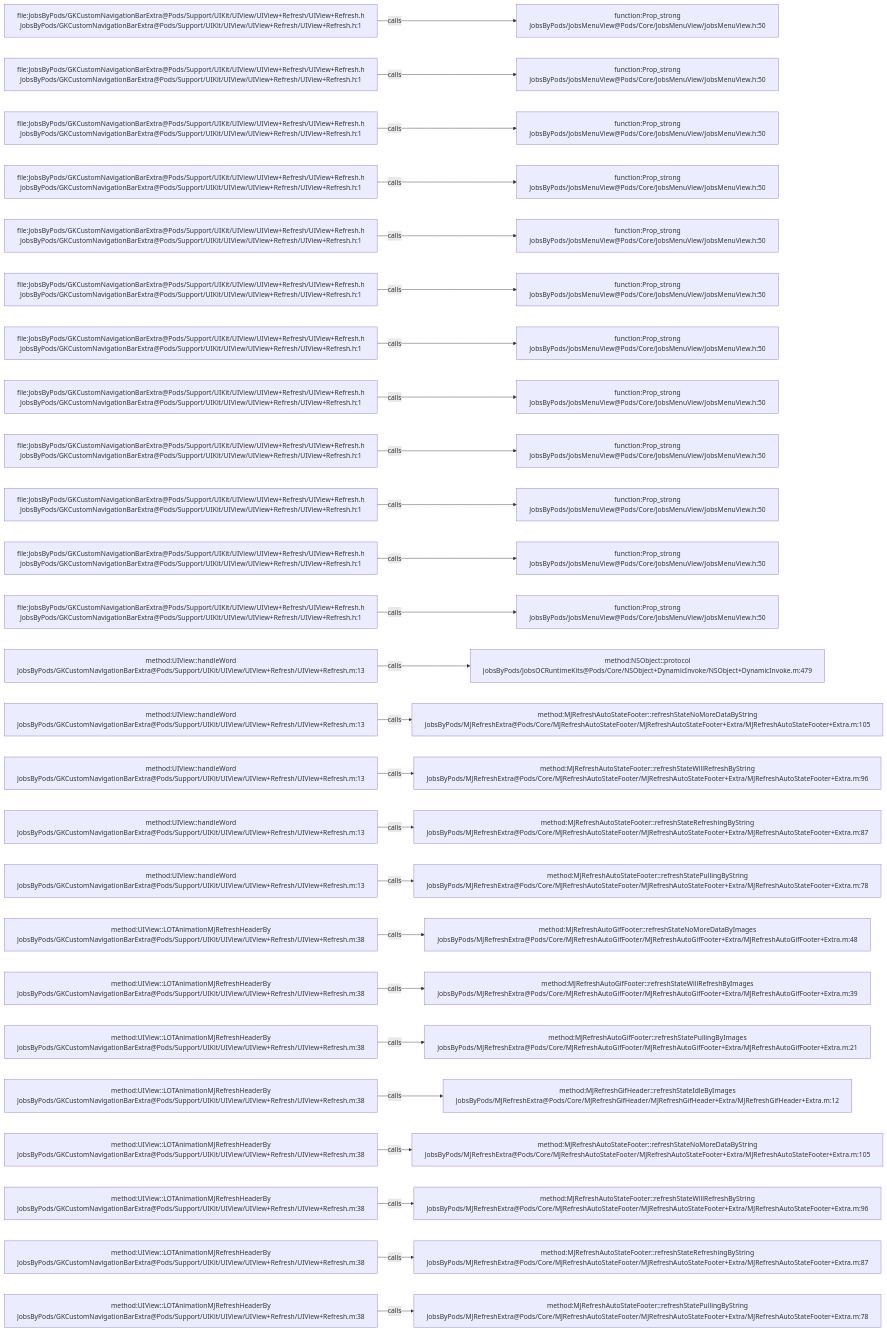
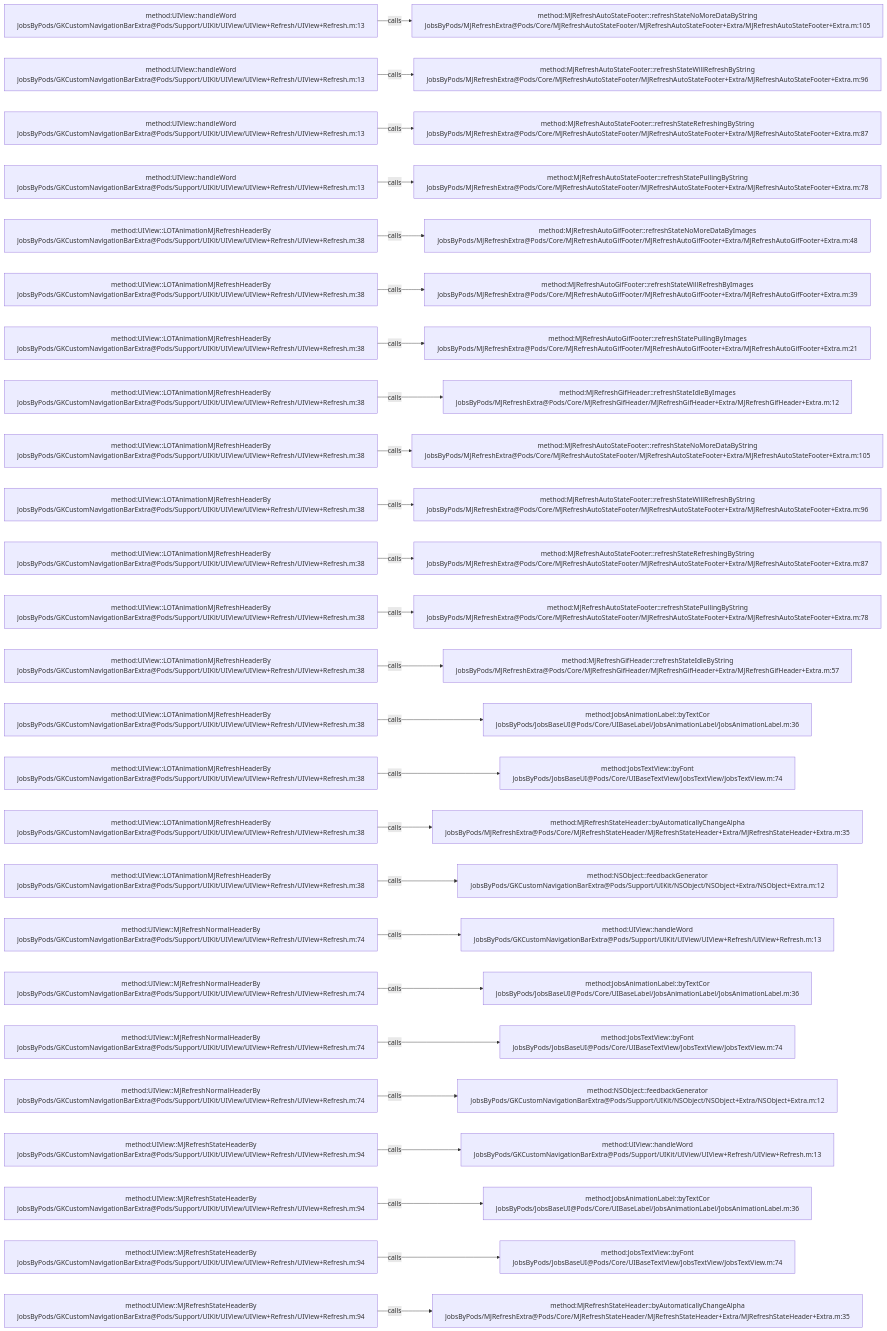
The diagram in .codegraph/codegraph.md/graphs/calls-042.md (JobsKits/JobsOCBaseConfigDemo), drawn with Mermaid before and after one commit. The commit also changed 223 other files, not shown here.

````diff
--- a/.codegraph/codegraph.md/graphs/calls-042.md
+++ b/.codegraph/codegraph.md/graphs/calls-042.md
@@ -13,78 +13,78 @@
 ```mermaid
 flowchart LR
-  S1["file:JobsByPods/GKCustomNavigationBarExtra@Pods/Support/UIKit/UIView/UIView+Refresh/UIView+Refresh.h<br/>JobsByPods/GKCustomNavigationBarExtra@Pods/Support/UIKit/UIView/UIView+Refresh/UIView+Refresh.h:1"]
-  T1["function:Prop_strong<br/>JobsByPods/JobsMenuView@Pods/Core/JobsMenuView/JobsMenuView.h:50"]
+  S1["method:UIView::handleWord<br/>JobsByPods/GKCustomNavigationBarExtra@Pods/Support/UIKit/UIView/UIView+Refresh/UIView+Refresh.m:13"]
+  T1["method:MJRefreshAutoStateFooter::refreshStateNoMoreDataByString<br/>JobsByPods/MJRefreshExtra@Pods/Core/MJRefreshAutoStateFooter/MJRefreshAutoStateFooter+Extra/MJRefreshAutoStateFooter+Extra.m:105"]
   S1 -->|calls| T1
-  S2["file:JobsByPods/GKCustomNavigationBarExtra@Pods/Support/UIKit/UIView/UIView+Refresh/UIView+Refresh.h<br/>JobsByPods/GKCustomNavigationBarExtra@Pods/Support/UIKit/UIView/UIView+Refresh/UIView+Refresh.h:1"]
-  T2["function:Prop_strong<br/>JobsByPods/JobsMenuView@Pods/Core/JobsMenuView/JobsMenuView.h:50"]
+  S2["method:UIView::handleWord<br/>JobsByPods/GKCustomNavigationBarExtra@Pods/Support/UIKit/UIView/UIView+Refresh/UIView+Refresh.m:13"]
+  T2["method:MJRefreshAutoStateFooter::refreshStateWillRefreshByString<br/>JobsByPods/MJRefreshExtra@Pods/Core/MJRefreshAutoStateFooter/MJRefreshAutoStateFooter+Extra/MJRefreshAutoStateFooter+Extra.m:96"]
   S2 -->|calls| T2
-  S3["file:JobsByPods/GKCustomNavigationBarExtra@Pods/Support/UIKit/UIView/UIView+Refresh/UIView+Refresh.h<br/>JobsByPods/GKCustomNavigationBarExtra@Pods/Support/UIKit/UIView/UIView+Refresh/UIView+Refresh.h:1"]
-  T3["function:Prop_strong<br/>JobsByPods/JobsMenuView@Pods/Core/JobsMenuView/JobsMenuView.h:50"]
+  S3["method:UIView::handleWord<br/>JobsByPods/GKCustomNavigationBarExtra@Pods/Support/UIKit/UIView/UIView+Refresh/UIView+Refresh.m:13"]
+  T3["method:MJRefreshAutoStateFooter::refreshStateRefreshingByString<br/>JobsByPods/MJRefreshExtra@Pods/Core/MJRefreshAutoStateFooter/MJRefreshAutoStateFooter+Extra/MJRefreshAutoStateFooter+Extra.m:87"]
   S3 -->|calls| T3
-  S4["file:JobsByPods/GKCustomNavigationBarExtra@Pods/Support/UIKit/UIView/UIView+Refresh/UIView+Refresh.h<br/>JobsByPods/GKCustomNavigationBarExtra@Pods/Support/UIKit/UIView/UIView+Refresh/UIView+Refresh.h:1"]
-  T4["function:Prop_strong<br/>JobsByPods/JobsMenuView@Pods/Core/JobsMenuView/JobsMenuView.h:50"]
+  S4["method:UIView::handleWord<br/>JobsByPods/GKCustomNavigationBarExtra@Pods/Support/UIKit/UIView/UIView+Refresh/UIView+Refresh.m:13"]
+  T4["method:MJRefreshAutoStateFooter::refreshStatePullingByString<br/>JobsByPods/MJRefreshExtra@Pods/Core/MJRefreshAutoStateFooter/MJRefreshAutoStateFooter+Extra/MJRefreshAutoStateFooter+Extra.m:78"]
   S4 -->|calls| T4
-  S5["file:JobsByPods/GKCustomNavigationBarExtra@Pods/Support/UIKit/UIView/UIView+Refresh/UIView+Refresh.h<br/>JobsByPods/GKCustomNavigationBarExtra@Pods/Support/UIKit/UIView/UIView+Refresh/UIView+Refresh.h:1"]
-  T5["function:Prop_strong<br/>JobsByPods/JobsMenuView@Pods/Core/JobsMenuView/JobsMenuView.h:50"]
+  S5["method:UIView::LOTAnimationMJRefreshHeaderBy<br/>JobsByPods/GKCustomNavigationBarExtra@Pods/Support/UIKit/UIView/UIView+Refresh/UIView+Refresh.m:38"]
+  T5["method:MJRefreshAutoGifFooter::refreshStateNoMoreDataByImages<br/>JobsByPods/MJRefreshExtra@Pods/Core/MJRefreshAutoGifFooter/MJRefreshAutoGifFooter+Extra/MJRefreshAutoGifFooter+Extra.m:48"]
   S5 -->|calls| T5
-  S6["file:JobsByPods/GKCustomNavigationBarExtra@Pods/Support/UIKit/UIView/UIView+Refresh/UIView+Refresh.h<br/>JobsByPods/GKCustomNavigationBarExtra@Pods/Support/UIKit/UIView/UIView+Refresh/UIView+Refresh.h:1"]
-  T6["function:Prop_strong<br/>JobsByPods/JobsMenuView@Pods/Core/JobsMenuView/JobsMenuView.h:50"]
+  S6["method:UIView::LOTAnimationMJRefreshHeaderBy<br/>JobsByPods/GKCustomNavigationBarExtra@Pods/Support/UIKit/UIView/UIView+Refresh/UIView+Refresh.m:38"]
+  T6["method:MJRefreshAutoGifFooter::refreshStateWillRefreshByImages<br/>JobsByPods/MJRefreshExtra@Pods/Core/MJRefreshAutoGifFooter/MJRefreshAutoGifFooter+Extra/MJRefreshAutoGifFooter+Extra.m:39"]
   S6 -->|calls| T6
-  S7["file:JobsByPods/GKCustomNavigationBarExtra@Pods/Support/UIKit/UIView/UIView+Refresh/UIView+Refresh.h<br/>JobsByPods/GKCustomNavigationBarExtra@Pods/Support/UIKit/UIView/UIView+Refresh/UIView+Refresh.h:1"]
-  T7["function:Prop_strong<br/>JobsByPods/JobsMenuView@Pods/Core/JobsMenuView/JobsMenuView.h:50"]
+  S7["method:UIView::LOTAnimationMJRefreshHeaderBy<br/>JobsByPods/GKCustomNavigationBarExtra@Pods/Support/UIKit/UIView/UIView+Refresh/UIView+Refresh.m:38"]
+  T7["method:MJRefreshAutoGifFooter::refreshStatePullingByImages<br/>JobsByPods/MJRefreshExtra@Pods/Core/MJRefreshAutoGifFooter/MJRefreshAutoGifFooter+Extra/MJRefreshAutoGifFooter+Extra.m:21"]
   S7 -->|calls| T7
-  S8["file:JobsByPods/GKCustomNavigationBarExtra@Pods/Support/UIKit/UIView/UIView+Refresh/UIView+Refresh.h<br/>JobsByPods/GKCustomNavigationBarExtra@Pods/Support/UIKit/UIView/UIView+Refresh/UIView+Refresh.h:1"]
-  T8["function:Prop_strong<br/>JobsByPods/JobsMenuView@Pods/Core/JobsMenuView/JobsMenuView.h:50"]
+  S8["method:UIView::LOTAnimationMJRefreshHeaderBy<br/>JobsByPods/GKCustomNavigationBarExtra@Pods/Support/UIKit/UIView/UIView+Refresh/UIView+Refresh.m:38"]
+  T8["method:MJRefreshGifHeader::refreshStateIdleByImages<br/>JobsByPods/MJRefreshExtra@Pods/Core/MJRefreshGifHeader/MJRefreshGifHeader+Extra/MJRefreshGifHeader+Extra.m:12"]
   S8 -->|calls| T8
-  S9["file:JobsByPods/GKCustomNavigationBarExtra@Pods/Support/UIKit/UIView/UIView+Refresh/UIView+Refresh.h<br/>JobsByPods/GKCustomNavigationBarExtra@Pods/Support/UIKit/UIView/UIView+Refresh/UIView+Refresh.h:1"]
-  T9["function:Prop_strong<br/>JobsByPods/JobsMenuView@Pods/Core/JobsMenuView/JobsMenuView.h:50"]
+  S9["method:UIView::LOTAnimationMJRefreshHeaderBy<br/>JobsByPods/GKCustomNavigationBarExtra@Pods/Support/UIKit/UIView/UIView+Refresh/UIView+Refresh.m:38"]
+  T9["method:MJRefreshAutoStateFooter::refreshStateNoMoreDataByString<br/>JobsByPods/MJRefreshExtra@Pods/Core/MJRefreshAutoStateFooter/MJRefreshAutoStateFooter+Extra/MJRefreshAutoStateFooter+Extra.m:105"]
   S9 -->|calls| T9
-  S10["file:JobsByPods/GKCustomNavigationBarExtra@Pods/Support/UIKit/UIView/UIView+Refresh/UIView+Refresh.h<br/>JobsByPods/GKCustomNavigationBarExtra@Pods/Support/UIKit/UIView/UIView+Refresh/UIView+Refresh.h:1"]
-  T10["function:Prop_strong<br/>JobsByPods/JobsMenuView@Pods/Core/JobsMenuView/JobsMenuView.h:50"]
+  S10["method:UIView::LOTAnimationMJRefreshHeaderBy<br/>JobsByPods/GKCustomNavigationBarExtra@Pods/Support/UIKit/UIView/UIView+Refresh/UIView+Refresh.m:38"]
+  T10["method:MJRefreshAutoStateFooter::refreshStateWillRefreshByString<br/>JobsByPods/MJRefreshExtra@Pods/Core/MJRefreshAutoStateFooter/MJRefreshAutoStateFooter+Extra/MJRefreshAutoStateFooter+Extra.m:96"]
   S10 -->|calls| T10
-  S11["file:JobsByPods/GKCustomNavigationBarExtra@Pods/Support/UIKit/UIView/UIView+Refresh/UIView+Refresh.h<br/>JobsByPods/GKCustomNavigationBarExtra@Pods/Support/UIKit/UIView/UIView+Refresh/UIView+Refresh.h:1"]
-  T11["function:Prop_strong<br/>JobsByPods/JobsMenuView@Pods/Core/JobsMenuView/JobsMenuView.h:50"]
+  S11["method:UIView::LOTAnimationMJRefreshHeaderBy<br/>JobsByPods/GKCustomNavigationBarExtra@Pods/Support/UIKit/UIView/UIView+Refresh/UIView+Refresh.m:38"]
+  T11["method:MJRefreshAutoStateFooter::refreshStateRefreshingByString<br/>JobsByPods/MJRefreshExtra@Pods/Core/MJRefreshAutoStateFooter/MJRefreshAutoStateFooter+Extra/MJRefreshAutoStateFooter+Extra.m:87"]
   S11 -->|calls| T11
-  S12["file:JobsByPods/GKCustomNavigationBarExtra@Pods/Support/UIKit/UIView/UIView+Refresh/UIView+Refresh.h<br/>JobsByPods/GKCustomNavigationBarExtra@Pods/Support/UIKit/UIView/UIView+Refresh/UIView+Refresh.h:1"]
-  T12["function:Prop_strong<br/>JobsByPods/JobsMenuView@Pods/Core/JobsMenuView/JobsMenuView.h:50"]
+  S12["method:UIView::LOTAnimationMJRefreshHeaderBy<br/>JobsByPods/GKCustomNavigationBarExtra@Pods/Support/UIKit/UIView/UIView+Refresh/UIView+Refresh.m:38"]
+  T12["method:MJRefreshAutoStateFooter::refreshStatePullingByString<br/>JobsByPods/MJRefreshExtra@Pods/Core/MJRefreshAutoStateFooter/MJRefreshAutoStateFooter+Extra/MJRefreshAutoStateFooter+Extra.m:78"]
   S12 -->|calls| T12
-  S13["method:UIView::handleWord<br/>JobsByPods/GKCustomNavigationBarExtra@Pods/Support/UIKit/UIView/UIView+Refresh/UIView+Refresh.m:13"]
-  T13["method:NSObject::protocol<br/>JobsByPods/JobsOCRuntimeKits@Pods/Core/NSObject+DynamicInvoke/NSObject+DynamicInvoke.m:479"]
+  S13["method:UIView::LOTAnimationMJRefreshHeaderBy<br/>JobsByPods/GKCustomNavigationBarExtra@Pods/Support/UIKit/UIView/UIView+Refresh/UIView+Refresh.m:38"]
+  T13["method:MJRefreshGifHeader::refreshStateIdleByString<br/>JobsByPods/MJRefreshExtra@Pods/Core/MJRefreshGifHeader/MJRefreshGifHeader+Extra/MJRefreshGifHeader+Extra.m:57"]
   S13 -->|calls| T13
-  S14["method:UIView::handleWord<br/>JobsByPods/GKCustomNavigationBarExtra@Pods/Support/UIKit/UIView/UIView+Refresh/UIView+Refresh.m:13"]
-  T14["method:MJRefreshAutoStateFooter::refreshStateNoMoreDataByString<br/>JobsByPods/MJRefreshExtra@Pods/Core/MJRefreshAutoStateFooter/MJRefreshAutoStateFooter+Extra/MJRefreshAutoStateFooter+Extra.m:105"]
+  S14["method:UIView::LOTAnimationMJRefreshHeaderBy<br/>JobsByPods/GKCustomNavigationBarExtra@Pods/Support/UIKit/UIView/UIView+Refresh/UIView+Refresh.m:38"]
+  T14["method:JobsAnimationLabel::byTextCor<br/>JobsByPods/JobsBaseUI@Pods/Core/UIBaseLabel/JobsAnimationLabel/JobsAnimationLabel.m:36"]
   S14 -->|calls| T14
-  S15["method:UIView::handleWord<br/>JobsByPods/GKCustomNavigationBarExtra@Pods/Support/UIKit/UIView/UIView+Refresh/UIView+Refresh.m:13"]
-  T15["method:MJRefreshAutoStateFooter::refreshStateWillRefreshByString<br/>JobsByPods/MJRefreshExtra@Pods/Core/MJRefreshAutoStateFooter/MJRefreshAutoStateFooter+Extra/MJRefreshAutoStateFooter+Extra.m:96"]
+  S15["method:UIView::LOTAnimationMJRefreshHeaderBy<br/>JobsByPods/GKCustomNavigationBarExtra@Pods/Support/UIKit/UIView/UIView+Refresh/UIView+Refresh.m:38"]
+  T15["method:JobsTextView::byFont<br/>JobsByPods/JobsBaseUI@Pods/Core/UIBaseTextView/JobsTextView/JobsTextView.m:74"]
   S15 -->|calls| T15
-  S16["method:UIView::handleWord<br/>JobsByPods/GKCustomNavigationBarExtra@Pods/Support/UIKit/UIView/UIView+Refresh/UIView+Refresh.m:13"]
-  T16["method:MJRefreshAutoStateFooter::refreshStateRefreshingByString<br/>JobsByPods/MJRefreshExtra@Pods/Core/MJRefreshAutoStateFooter/MJRefreshAutoStateFooter+Extra/MJRefreshAutoStateFooter+Extra.m:87"]
+  S16["method:UIView::LOTAnimationMJRefreshHeaderBy<br/>JobsByPods/GKCustomNavigationBarExtra@Pods/Support/UIKit/UIView/UIView+Refresh/UIView+Refresh.m:38"]
+  T16["method:MJRefreshStateHeader::byAutomaticallyChangeAlpha<br/>JobsByPods/MJRefreshExtra@Pods/Core/MJRefreshStateHeader/MJRefreshStateHeader+Extra/MJRefreshStateHeader+Extra.m:35"]
   S16 -->|calls| T16
-  S17["method:UIView::handleWord<br/>JobsByPods/GKCustomNavigationBarExtra@Pods/Support/UIKit/UIView/UIView+Refresh/UIView+Refresh.m:13"]
-  T17["method:MJRefreshAutoStateFooter::refreshStatePullingByString<br/>JobsByPods/MJRefreshExtra@Pods/Core/MJRefreshAutoStateFooter/MJRefreshAutoStateFooter+Extra/MJRefreshAutoStateFooter+Extra.m:78"]
+  S17["method:UIView::LOTAnimationMJRefreshHeaderBy<br/>JobsByPods/GKCustomNavigationBarExtra@Pods/Support/UIKit/UIView/UIView+Refresh/UIView+Refresh.m:38"]
+  T17["method:NSObject::feedbackGenerator<br/>JobsByPods/GKCustomNavigationBarExtra@Pods/Support/UIKit/NSObject/NSObject+Extra/NSObject+Extra.m:12"]
   S17 -->|calls| T17
-  S18["method:UIView::LOTAnimationMJRefreshHeaderBy<br/>JobsByPods/GKCustomNavigationBarExtra@Pods/Support/UIKit/UIView/UIView+Refresh/UIView+Refresh.m:38"]
-  T18["method:MJRefreshAutoGifFooter::refreshStateNoMoreDataByImages<br/>JobsByPods/MJRefreshExtra@Pods/Core/MJRefreshAutoGifFooter/MJRefreshAutoGifFooter+Extra/MJRefreshAutoGifFooter+Extra.m:48"]
+  S18["method:UIView::MJRefreshNormalHeaderBy<br/>JobsByPods/GKCustomNavigationBarExtra@Pods/Support/UIKit/UIView/UIView+Refresh/UIView+Refresh.m:74"]
+  T18["method:UIView::handleWord<br/>JobsByPods/GKCustomNavigationBarExtra@Pods/Support/UIKit/UIView/UIView+Refresh/UIView+Refresh.m:13"]
   S18 -->|calls| T18
-  S19["method:UIView::LOTAnimationMJRefreshHeaderBy<br/>JobsByPods/GKCustomNavigationBarExtra@Pods/Support/UIKit/UIView/UIView+Refresh/UIView+Refresh.m:38"]
-  T19["method:MJRefreshAutoGifFooter::refreshStateWillRefreshByImages<br/>JobsByPods/MJRefreshExtra@Pods/Core/MJRefreshAutoGifFooter/MJRefreshAutoGifFooter+Extra/MJRefreshAutoGifFooter+Extra.m:39"]
+  S19["method:UIView::MJRefreshNormalHeaderBy<br/>JobsByPods/GKCustomNavigationBarExtra@Pods/Support/UIKit/UIView/UIView+Refresh/UIView+Refresh.m:74"]
+  T19["method:JobsAnimationLabel::byTextCor<br/>JobsByPods/JobsBaseUI@Pods/Core/UIBaseLabel/JobsAnimationLabel/JobsAnimationLabel.m:36"]
   S19 -->|calls| T19
-  S20["method:UIView::LOTAnimationMJRefreshHeaderBy<br/>JobsByPods/GKCustomNavigationBarExtra@Pods/Support/UIKit/UIView/UIView+Refresh/UIView+Refresh.m:38"]
-  T20["method:MJRefreshAutoGifFooter::refreshStatePullingByImages<br/>JobsByPods/MJRefreshExtra@Pods/Core/MJRefreshAutoGifFooter/MJRefreshAutoGifFooter+Extra/MJRefreshAutoGifFooter+Extra.m:21"]
+  S20["method:UIView::MJRefreshNormalHeaderBy<br/>JobsByPods/GKCustomNavigationBarExtra@Pods/Support/UIKit/UIView/UIView+Refresh/UIView+Refresh.m:74"]
+  T20["method:JobsTextView::byFont<br/>JobsByPods/JobsBaseUI@Pods/Core/UIBaseTextView/JobsTextView/JobsTextView.m:74"]
   S20 -->|calls| T20
-  S21["method:UIView::LOTAnimationMJRefreshHeaderBy<br/>JobsByPods/GKCustomNavigationBarExtra@Pods/Support/UIKit/UIView/UIView+Refresh/UIView+Refresh.m:38"]
-  T21["method:MJRefreshGifHeader::refreshStateIdleByImages<br/>JobsByPods/MJRefreshExtra@Pods/Core/MJRefreshGifHeader/MJRefreshGifHeader+Extra/MJRefreshGifHeader+Extra.m:12"]
+  S21["method:UIView::MJRefreshNormalHeaderBy<br/>JobsByPods/GKCustomNavigationBarExtra@Pods/Support/UIKit/UIView/UIView+Refresh/UIView+Refresh.m:74"]
+  T21["method:NSObject::feedbackGenerator<br/>JobsByPods/GKCustomNavigationBarExtra@Pods/Support/UIKit/NSObject/NSObject+Extra/NSObject+Extra.m:12"]
   S21 -->|calls| T21
-  S22["method:UIView::LOTAnimationMJRefreshHeaderBy<br/>JobsByPods/GKCustomNavigationBarExtra@Pods/Support/UIKit/UIView/UIView+Refresh/UIView+Refresh.m:38"]
-  T22["method:MJRefreshAutoStateFooter::refreshStateNoMoreDataByString<br/>JobsByPods/MJRefreshExtra@Pods/Core/MJRefreshAutoStateFooter/MJRefreshAutoStateFooter+Extra/MJRefreshAutoStateFooter+Extra.m:105"]
+  S22["method:UIView::MJRefreshStateHeaderBy<br/>JobsByPods/GKCustomNavigationBarExtra@Pods/Support/UIKit/UIView/UIView+Refresh/UIView+Refresh.m:94"]
+  T22["method:UIView::handleWord<br/>JobsByPods/GKCustomNavigationBarExtra@Pods/Support/UIKit/UIView/UIView+Refresh/UIView+Refresh.m:13"]
   S22 -->|calls| T22
-  S23["method:UIView::LOTAnimationMJRefreshHeaderBy<br/>JobsByPods/GKCustomNavigationBarExtra@Pods/Support/UIKit/UIView/UIView+Refresh/UIView+Refresh.m:38"]
-  T23["method:MJRefreshAutoStateFooter::refreshStateWillRefreshByString<br/>JobsByPods/MJRefreshExtra@Pods/Core/MJRefreshAutoStateFooter/MJRefreshAutoStateFooter+Extra/MJRefreshAutoStateFooter+Extra.m:96"]
+  S23["method:UIView::MJRefreshStateHeaderBy<br/>JobsByPods/GKCustomNavigationBarExtra@Pods/Support/UIKit/UIView/UIView+Refresh/UIView+Refresh.m:94"]
+  T23["method:JobsAnimationLabel::byTextCor<br/>JobsByPods/JobsBaseUI@Pods/Core/UIBaseLabel/JobsAnimationLabel/JobsAnimationLabel.m:36"]
   S23 -->|calls| T23
-  S24["method:UIView::LOTAnimationMJRefreshHeaderBy<br/>JobsByPods/GKCustomNavigationBarExtra@Pods/Support/UIKit/UIView/UIView+Refresh/UIView+Refresh.m:38"]
-  T24["method:MJRefreshAutoStateFooter::refreshStateRefreshingByString<br/>JobsByPods/MJRefreshExtra@Pods/Core/MJRefreshAutoStateFooter/MJRefreshAutoStateFooter+Extra/MJRefreshAutoStateFooter+Extra.m:87"]
+  S24["method:UIView::MJRefreshStateHeaderBy<br/>JobsByPods/GKCustomNavigationBarExtra@Pods/Support/UIKit/UIView/UIView+Refresh/UIView+Refresh.m:94"]
+  T24["method:JobsTextView::byFont<br/>JobsByPods/JobsBaseUI@Pods/Core/UIBaseTextView/JobsTextView/JobsTextView.m:74"]
   S24 -->|calls| T24
-  S25["method:UIView::LOTAnimationMJRefreshHeaderBy<br/>JobsByPods/GKCustomNavigationBarExtra@Pods/Support/UIKit/UIView/UIView+Refresh/UIView+Refresh.m:38"]
-  T25["method:MJRefreshAutoStateFooter::refreshStatePullingByString<br/>JobsByPods/MJRefreshExtra@Pods/Core/MJRefreshAutoStateFooter/MJRefreshAutoStateFooter+Extra/MJRefreshAutoStateFooter+Extra.m:78"]
+  S25["method:UIView::MJRefreshStateHeaderBy<br/>JobsByPods/GKCustomNavigationBarExtra@Pods/Support/UIKit/UIView/UIView+Refresh/UIView+Refresh.m:94"]
+  T25["method:MJRefreshStateHeader::byAutomaticallyChangeAlpha<br/>JobsByPods/MJRefreshExtra@Pods/Core/MJRefreshStateHeader/MJRefreshStateHeader+Extra/MJRefreshStateHeader+Extra.m:35"]
   S25 -->|calls| T25
 ```
````
